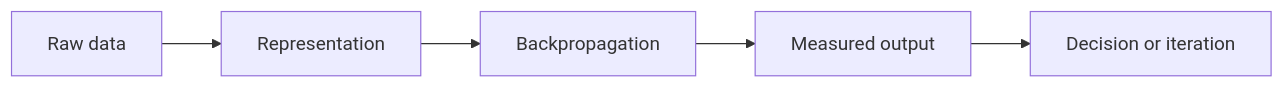
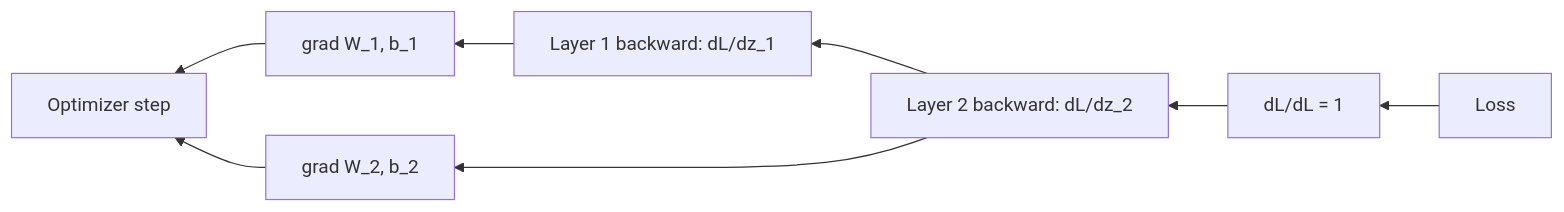
The diagram in deep-learning/05-backpropagation.md (Icon1cc/Machine-Learning), drawn with Mermaid before and after one commit. The commit also changed other lines of this file and 264 other files, not shown here.

````diff
--- a/deep-learning/05-backpropagation.md
+++ b/deep-learning/05-backpropagation.md
@@ -92,7 +227,10 @@
 ```mermaid
-flowchart LR
-    A[Raw data] --> B[Representation]
-    B --> C[Backpropagation]
-    C --> D[Measured output]
-    D --> E[Decision or iteration]
+flowchart RL
+    L[Loss] --> dL[dL/dL = 1]
+    dL --> A2[Layer 2 backward: dL/dz_2]
+    A2 --> W2[grad W_2, b_2]
+    A2 --> A1[Layer 1 backward: dL/dz_1]
+    A1 --> W1[grad W_1, b_1]
+    W1 --> Opt[Optimizer step]
+    W2 --> Opt
 ```
````
